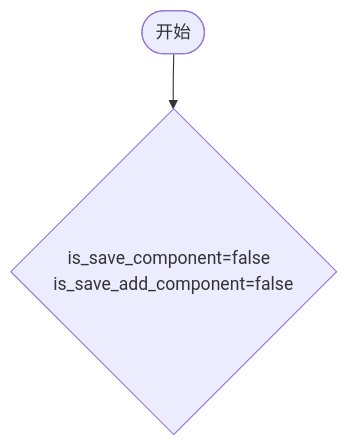
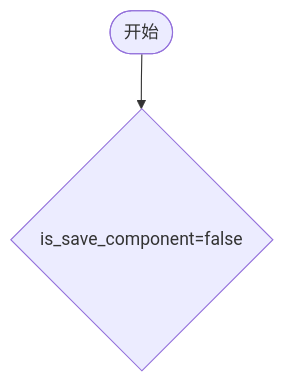
Before and after one commit to yingjianzh/iodraw-files: the diagram in all/未命名-7.md, drawn with Mermaid.

Commit message:
2024-10-12 13:48:00 update

````diff
--- a/all/未命名-7.md
+++ b/all/未命名-7.md
@@ -1,6 +1,6 @@
 ```mermaid
 flowchart TD
-    A([开始]) --> B{is_save_component=false  is_save_add_component=false}
+    A([开始]) --> B{is_save_component=false}
     
 
 ```
````
